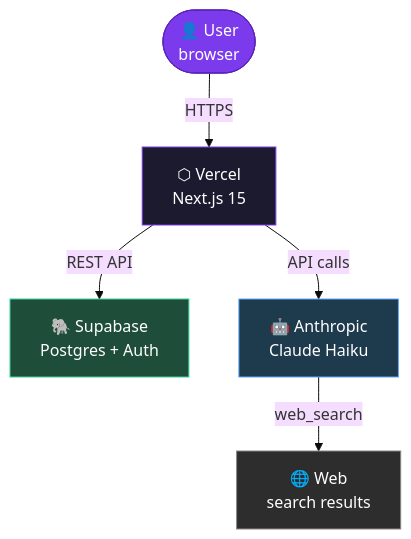
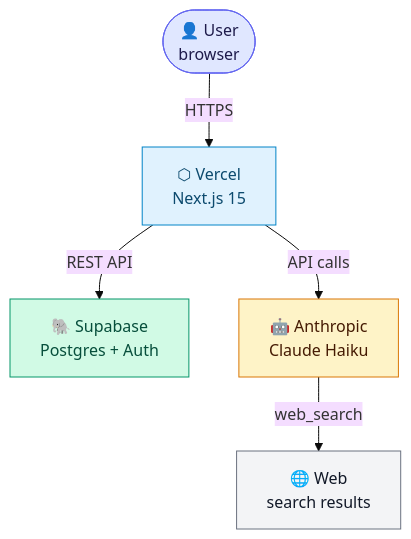
Before and after one commit to alexzhel-io/veloadout: the first of 14 diagrams in docs/architecture.md, drawn with Mermaid (base theme). The commit also changed other lines of this file and 1 other file, not shown here.

Commit message:
docs: translate to English, pastel colors on all diagrams

````diff
--- a/docs/architecture.md
+++ b/docs/architecture.md
@@ -7,19 +7,19 @@
 ```mermaid
 graph TD
     User(["👤 User<br>browser"])
     Vercel["⬡ Vercel<br>Next.js 15"]
     Supabase["🐘 Supabase<br>Postgres + Auth"]
     Anthropic["🤖 Anthropic<br>Claude Haiku"]
     Web["🌐 Web<br>search results"]
 
     User -->|HTTPS| Vercel
     Vercel -->|REST API| Supabase
     Vercel -->|API calls| Anthropic
     Anthropic -->|web_search| Web
 
-    style User fill:#7c3aed,stroke:#5b21b6,color:#fff
-    style Vercel fill:#1c1a2e,stroke:#7c3aed,color:#fff
-    style Supabase fill:#1e4d3a,stroke:#34d399,color:#fff
-    style Anthropic fill:#1e3a4d,stroke:#60a5fa,color:#fff
-    style Web fill:#2d2d2d,stroke:#888,color:#fff
+    style User fill:#e0e7ff,stroke:#6366f1,color:#1e1b4b
+    style Vercel fill:#e0f2fe,stroke:#0284c7,color:#0c4a6e
+    style Supabase fill:#d1fae5,stroke:#059669,color:#064e3b
+    style Anthropic fill:#fef3c7,stroke:#d97706,color:#451a03
+    style Web fill:#f3f4f6,stroke:#6b7280,color:#111827
 ```
````
